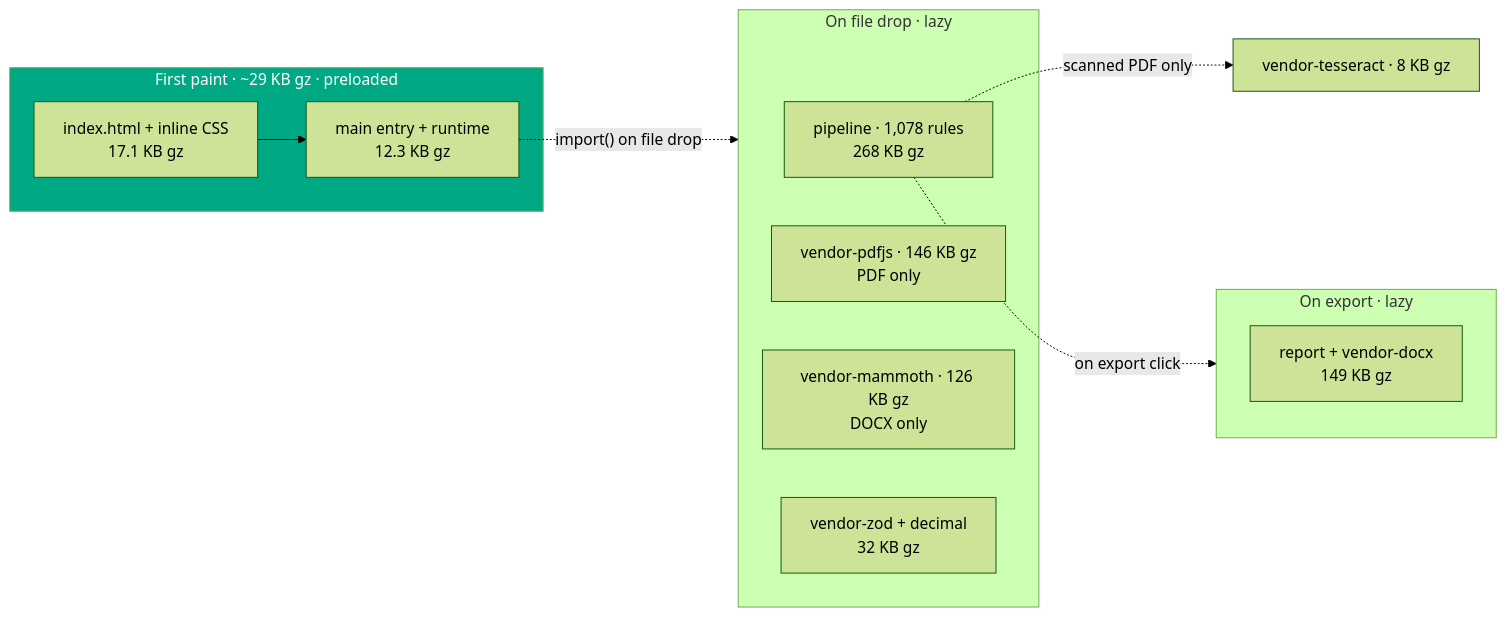
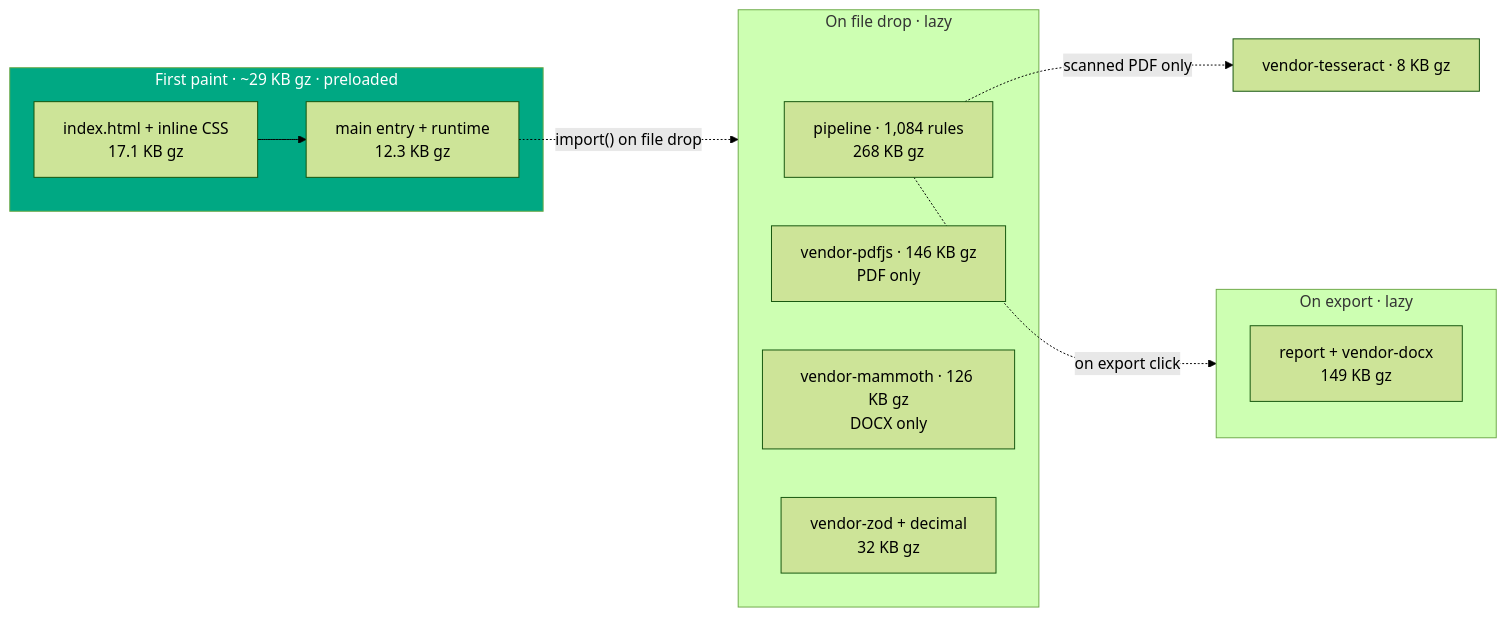
One commit to clay-good/vaulytica changed the tenth of 11 diagrams in README.md. Above: the diagram before and after it, drawn with Mermaid (forest theme). The commit also changed other lines of this file and 98 other files, not shown here.

````diff
--- a/README.md
+++ b/README.md
@@ -1266,19 +1266,19 @@
 ```mermaid
 flowchart LR
   subgraph FP["First paint · ~29 KB gz · preloaded"]
     H[index.html + inline CSS<br/>17.1 KB gz] --> M[main entry + runtime<br/>12.3 KB gz]
   end
   M -. "import() on file drop" .-> DROP
   subgraph DROP["On file drop · lazy"]
-    P[pipeline · 1,078 rules<br/>268 KB gz]
+    P[pipeline · 1,084 rules<br/>268 KB gz]
     PDF[vendor-pdfjs · 146 KB gz<br/>PDF only]
     DOCXIN[vendor-mammoth · 126 KB gz<br/>DOCX only]
     Z[vendor-zod + decimal<br/>32 KB gz]
   end
   P -. "on export click" .-> EXP
   subgraph EXP["On export · lazy"]
     RPT[report + vendor-docx<br/>149 KB gz]
   end
   P -. "scanned PDF only" .-> OCR[vendor-tesseract · 8 KB gz]
   style FP fill:#00A883,color:#fff
 ```
````
